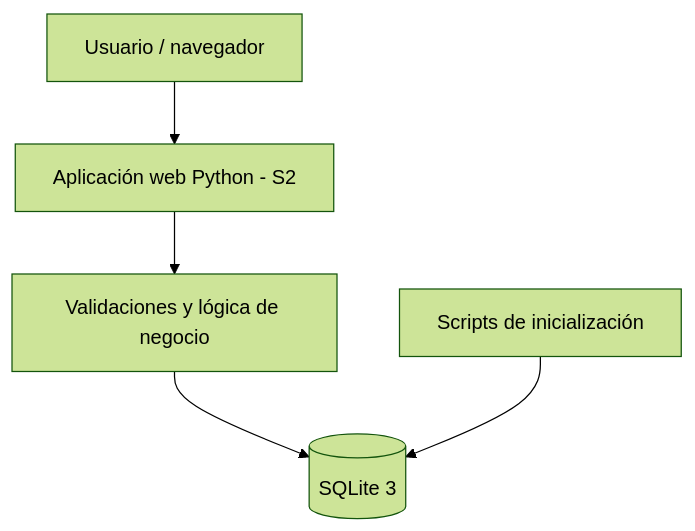
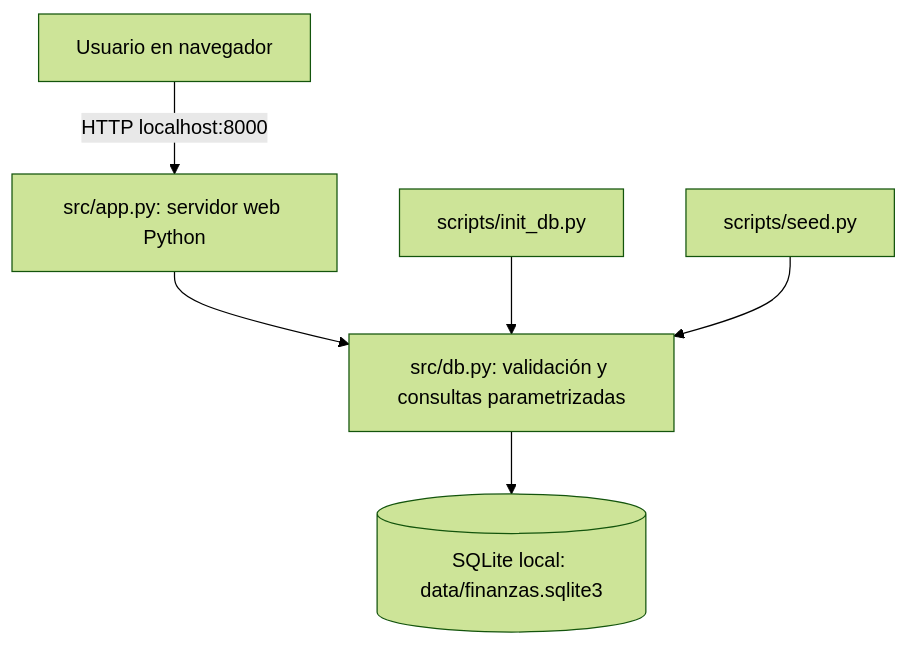
Before and after one commit to sebastins18/Control_Finanzas_Familiares: the diagram in docs/arquitectura/README.md, drawn with Mermaid (forest theme). The commit also changed other lines of this file, not shown here.

Commit message:
docs(s1): reconcile docs/arquitectura/README.md with working SQLite MVP

````diff
--- a/docs/arquitectura/README.md
+++ b/docs/arquitectura/README.md
@@ -8,7 +5,8 @@
 ```mermaid
 flowchart TD
-    A[Usuario / navegador] --> B[Aplicación web Python - S2]
-    B --> C[Validaciones y lógica de negocio]
-    C --> D[(SQLite 3)]
-    E[Scripts de inicialización] --> D
+    U[Usuario en navegador] -->|HTTP localhost:8000| A[src/app.py: servidor web Python]
+    A --> B[src/db.py: validación y consultas parametrizadas]
+    B --> D[(SQLite local: data/finanzas.sqlite3)]
+    I[scripts/init_db.py] --> B
+    S[scripts/seed.py] --> B
 ```
````
